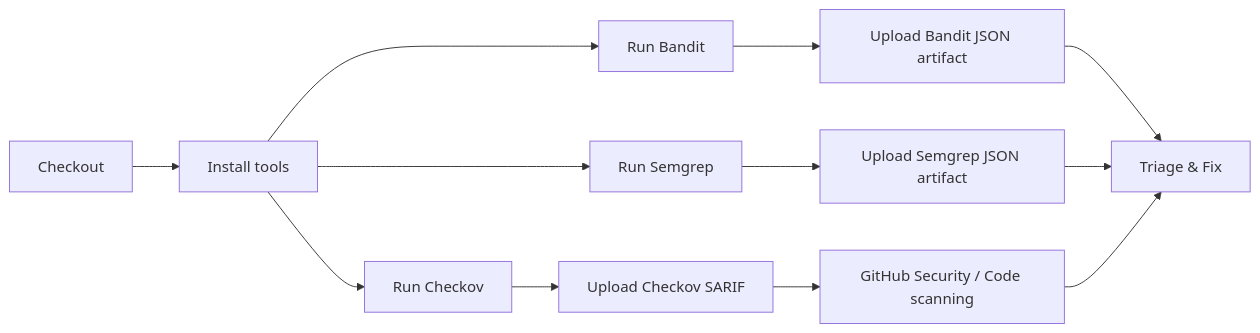
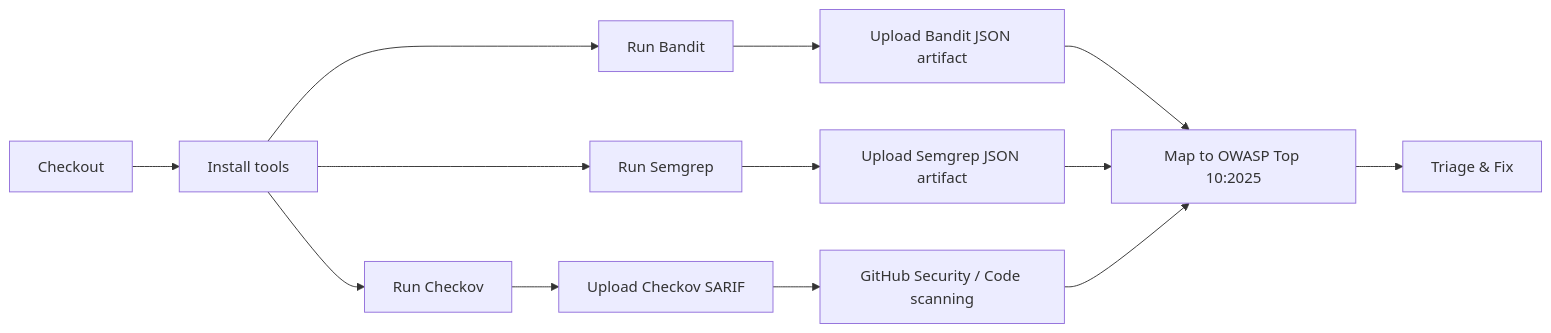
Before and after one commit to Ahmadib12/owasp-security-audit: the diagram in README.md, drawn with Mermaid. The commit also changed other lines of this file, not shown here.

First line of the commit message:
Update README for OWASP Top 10:2025 alignment

````diff
--- a/README.md
+++ b/README.md
@@ -245,14 +269,15 @@
 ```mermaid
 flowchart LR
   A[Checkout] --> B[Install tools]
   B --> C[Run Bandit]
   B --> D[Run Semgrep]
   B --> E[Run Checkov]
   C --> F[Upload Bandit JSON artifact]
   D --> G[Upload Semgrep JSON artifact]
   E --> H[Upload Checkov SARIF]
   H --> I[GitHub Security / Code scanning]
-  F --> J[Triage & Fix]
+  F --> J[Map to OWASP Top 10:2025]
   G --> J
   I --> J
+  J --> K[Triage & Fix]
 ```
````
